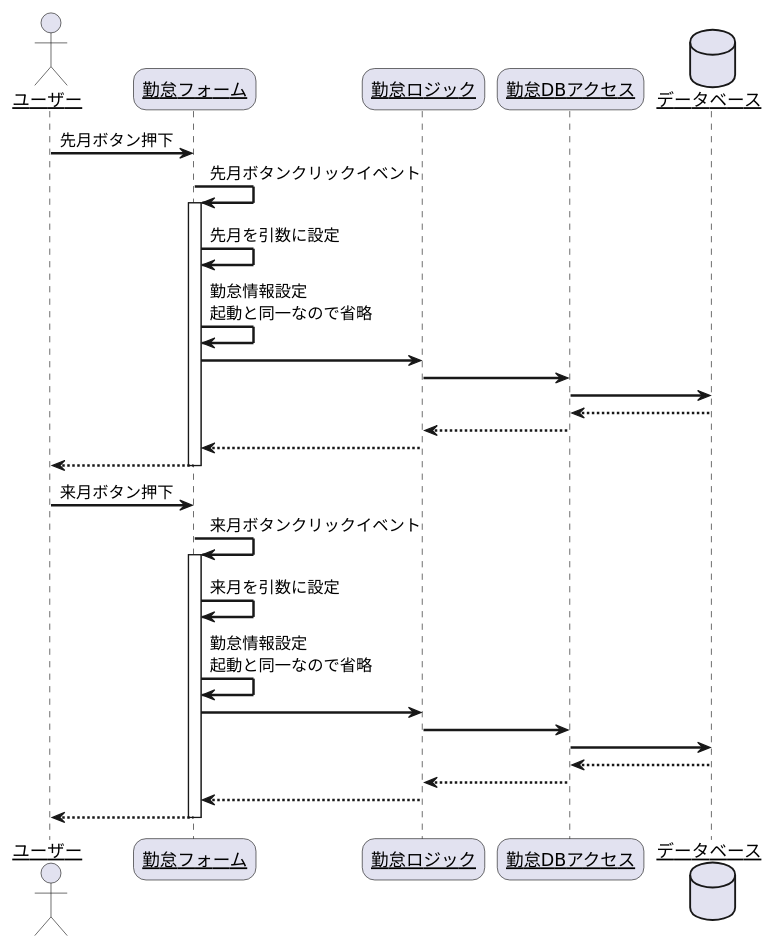
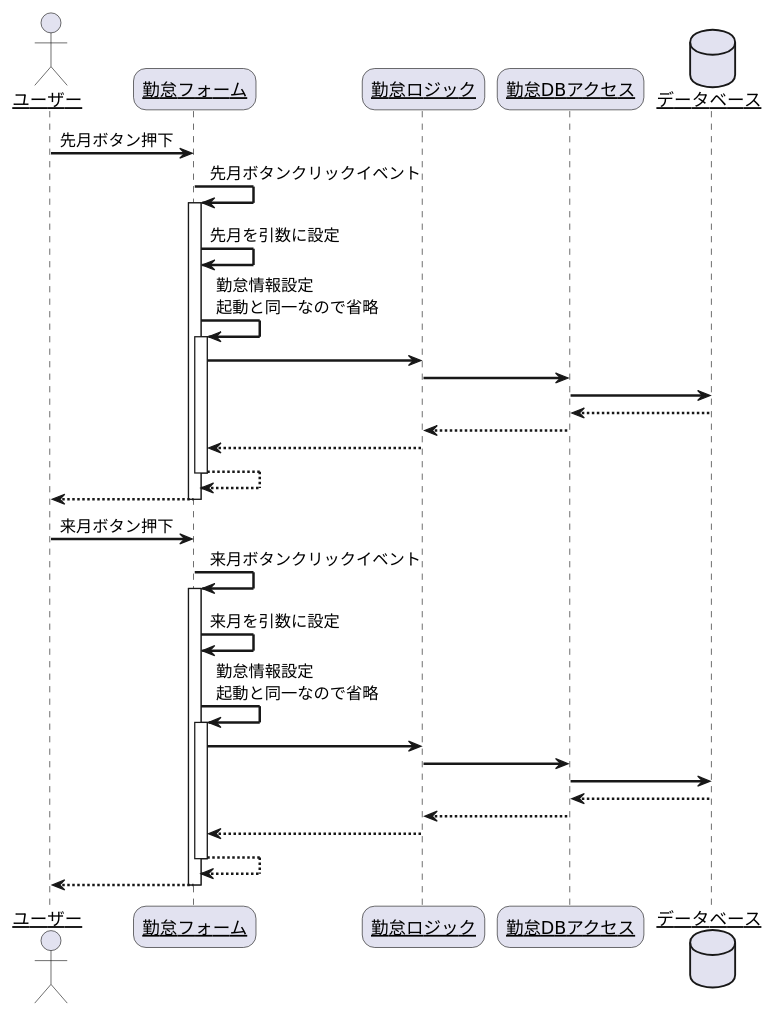
One commit to R-SAIKI/practiceUML changed the diagram in シーケンス図/勤怠/勤怠_先月_来月.pu. Above: the diagram before and after it, drawn with PlantUML. The commit also changed 20 other files, not shown here.

```diff
--- a/シーケンス図/勤怠/勤怠_先月_来月.pu
+++ b/シーケンス図/勤怠/勤怠_先月_来月.pu
@@ -1,41 +1,47 @@
 @startuml
 skinparam sequenceArrowThickness 2
 skinparam roundcorner 20
 skinparam maxmessagesize 60
 skinparam sequenceParticipant underline
 
 actor "ユーザー" as user
 participant "勤怠フォーム" as kintai_form
 participant "勤怠ロジック" as kintai_logic
 participant "勤怠DBアクセス" as kintai_data_acces
 database "データベース" as db
 
 user -> kintai_form: 先月ボタン押下
 kintai_form -> kintai_form: 先月ボタンクリックイベント
 activate kintai_form
 kintai_form -> kintai_form: 先月を引数に設定
 kintai_form -> kintai_form:勤怠情報設定 起動と同一なので省略
+activate kintai_form
 kintai_form -> kintai_logic:
 kintai_logic -> kintai_data_acces:
 kintai_data_acces -> db:
 db --> kintai_data_acces:
 kintai_data_acces --> kintai_logic:
 kintai_logic --> kintai_form:
+kintai_form --> kintai_form:
+deactivate kintai_form
 kintai_form --> user:
 deactivate kintai_form
 
 user -> kintai_form: 来月ボタン押下
 kintai_form -> kintai_form: 来月ボタンクリックイベント
 activate kintai_form
 kintai_form -> kintai_form: 来月を引数に設定
 kintai_form -> kintai_form:勤怠情報設定 起動と同一なので省略
+activate kintai_form
 kintai_form -> kintai_logic:
 kintai_logic -> kintai_data_acces:
 kintai_data_acces -> db:
 db --> kintai_data_acces:
 kintai_data_acces --> kintai_logic:
 kintai_logic --> kintai_form:
+kintai_form --> kintai_form:
+deactivate kintai_form
 kintai_form --> user:
 deactivate kintai_form
 
 @enduml
```
